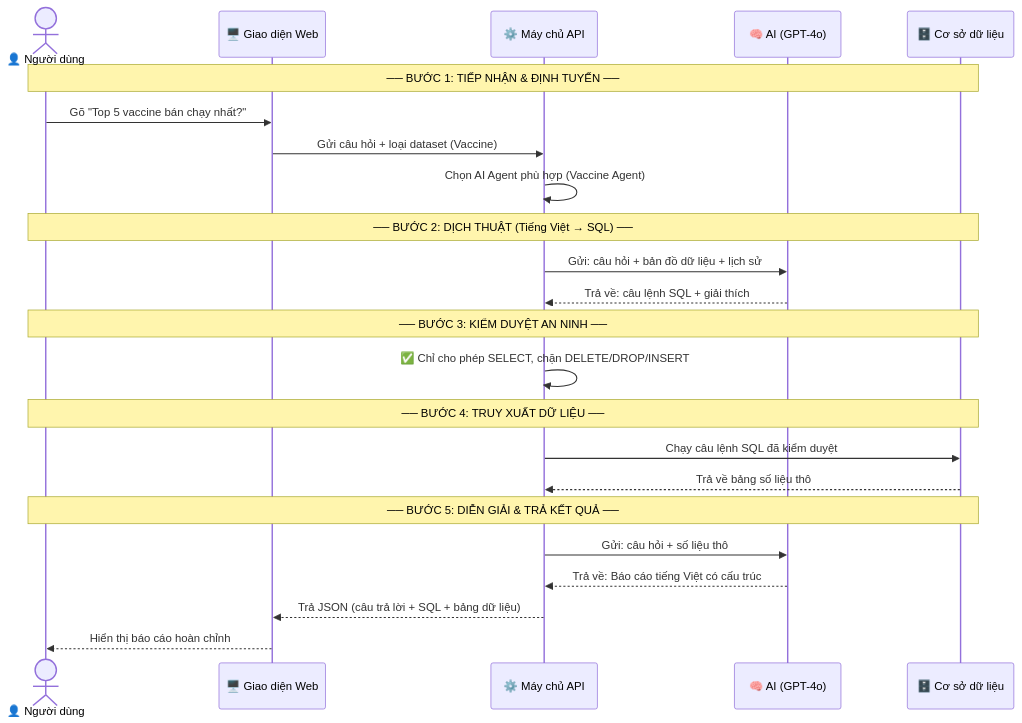
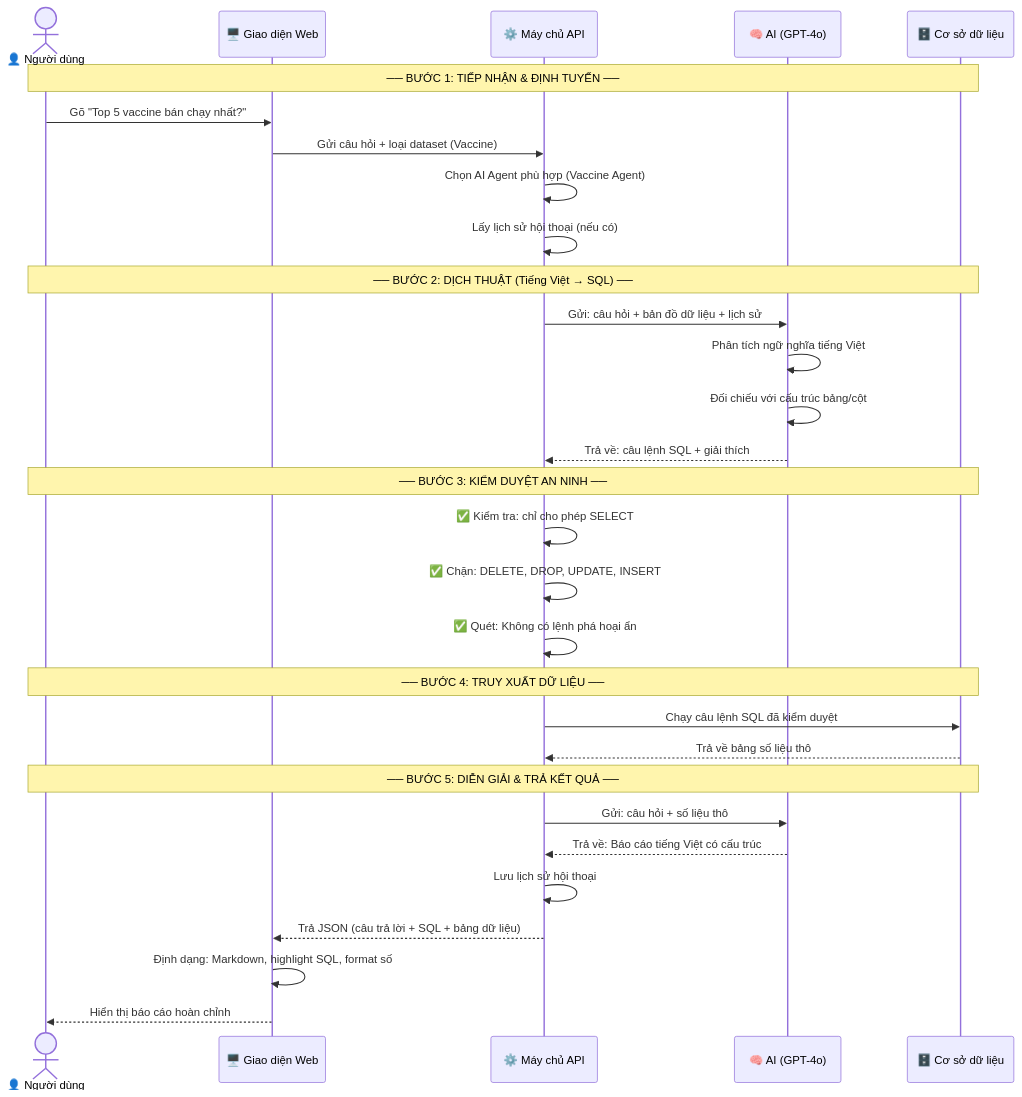
One commit to quanganpham/datachat changed the fourth of 10 diagrams in README.md. Above: the diagram before and after it, drawn with Mermaid. The commit also changed other lines of this file, not shown here.

````diff
--- a/README.md
+++ b/README.md
@@ -100,30 +138,37 @@
 ```mermaid
 sequenceDiagram
     actor User as 👤 Người dùng
     participant UI as 🖥️ Giao diện Web
     participant API as ⚙️ Máy chủ API
     participant AI as 🧠 AI (GPT-4o)
     participant DB as 🗄️ Cơ sở dữ liệu
 
     Note over User,DB: ── BƯỚC 1: TIẾP NHẬN & ĐỊNH TUYẾN ──
     User->>UI: Gõ "Top 5 vaccine bán chạy nhất?"
     UI->>API: Gửi câu hỏi + loại dataset (Vaccine)
     API->>API: Chọn AI Agent phù hợp (Vaccine Agent)
+    API->>API: Lấy lịch sử hội thoại (nếu có)
 
     Note over User,DB: ── BƯỚC 2: DỊCH THUẬT (Tiếng Việt → SQL) ──
     API->>AI: Gửi: câu hỏi + bản đồ dữ liệu + lịch sử
+    AI->>AI: Phân tích ngữ nghĩa tiếng Việt
+    AI->>AI: Đối chiếu với cấu trúc bảng/cột
     AI-->>API: Trả về: câu lệnh SQL + giải thích
 
     Note over User,DB: ── BƯỚC 3: KIỂM DUYỆT AN NINH ──
-    API->>API: ✅ Chỉ cho phép SELECT, chặn DELETE/DROP/INSERT
+    API->>API: ✅ Kiểm tra: chỉ cho phép SELECT
+    API->>API: ✅ Chặn: DELETE, DROP, UPDATE, INSERT
+    API->>API: ✅ Quét: Không có lệnh phá hoại ẩn
 
     Note over User,DB: ── BƯỚC 4: TRUY XUẤT DỮ LIỆU ──
     API->>DB: Chạy câu lệnh SQL đã kiểm duyệt
     DB-->>API: Trả về bảng số liệu thô
 
     Note over User,DB: ── BƯỚC 5: DIỄN GIẢI & TRẢ KẾT QUẢ ──
     API->>AI: Gửi: câu hỏi + số liệu thô
     AI-->>API: Trả về: Báo cáo tiếng Việt có cấu trúc
+    API->>API: Lưu lịch sử hội thoại
     API-->>UI: Trả JSON (câu trả lời + SQL + bảng dữ liệu)
+    UI->>UI: Định dạng: Markdown, highlight SQL, format số
     UI-->>User: Hiển thị báo cáo hoàn chỉnh
 ```
````
